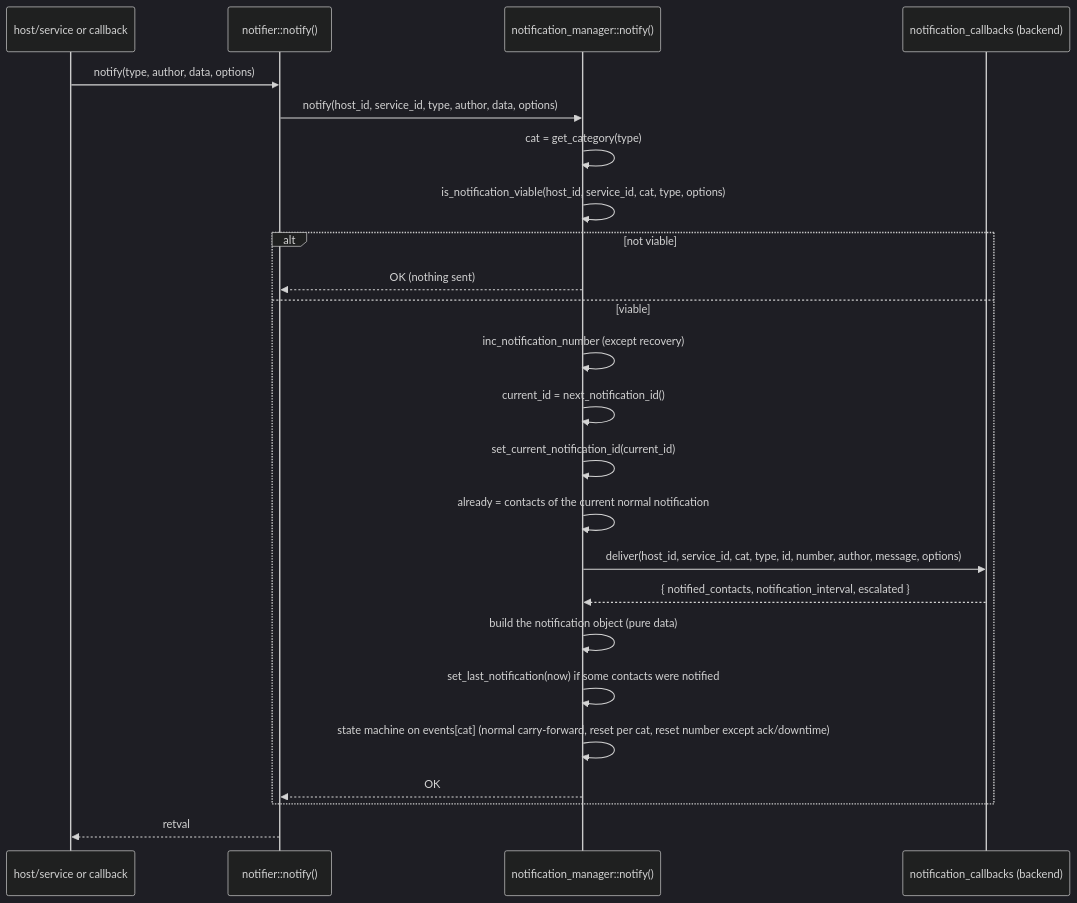
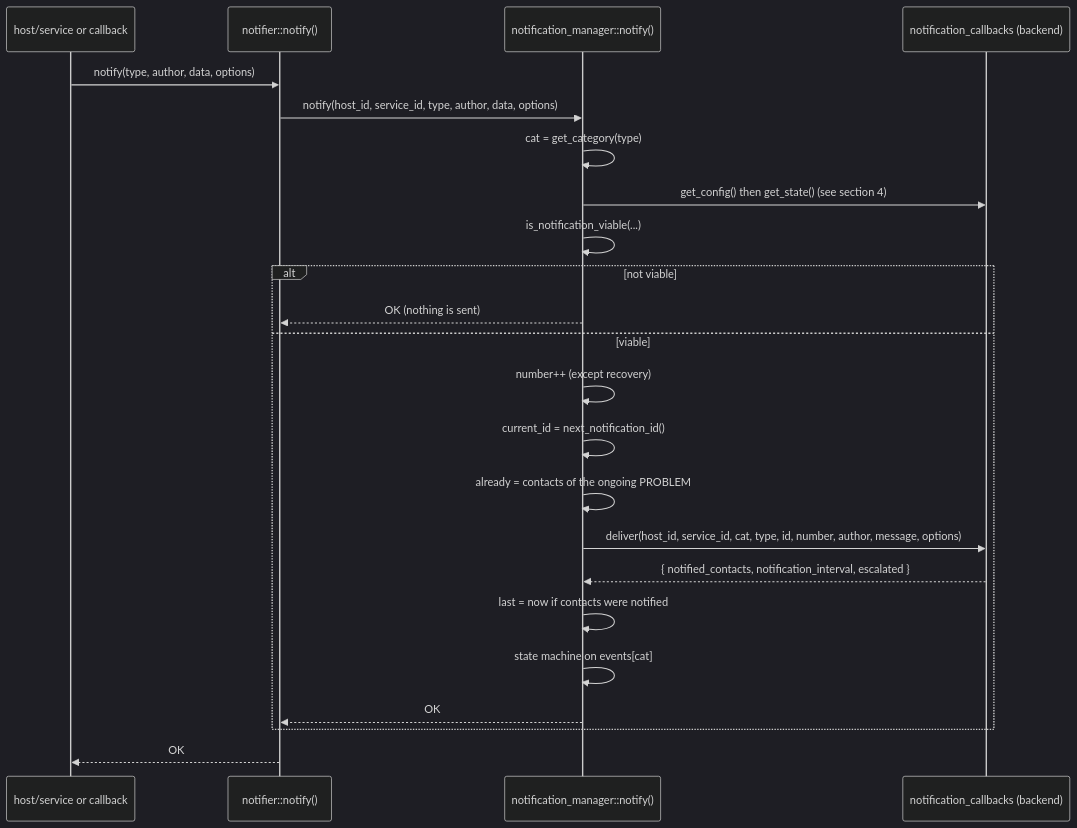
Before and after one commit to centreon/centreon-collect: the second of 5 diagrams in doc/notifications-en.md, drawn with Mermaid (dark theme). The commit also changed other lines of this file and 1 other file, not shown here.

Commit message:
doc(notifications): the notifications documentation describes the current code

````diff
--- a/doc/notifications-en.md
+++ b/doc/notifications-en.md
@@ -506,27 +129,26 @@
 ```mermaid
 sequenceDiagram
     participant SRC as host/service or callback
     participant NF as notifier::notify()
     participant NM as notification_manager::notify()
     participant CB as notification_callbacks (backend)
 
     SRC->>NF: notify(type, author, data, options)
     NF->>NM: notify(host_id, service_id, type, author, data, options)
     NM->>NM: cat = get_category(type)
-    NM->>NM: is_notification_viable(host_id, service_id, cat, type, options)
+    NM->>CB: get_config() then get_state() (see section 4)
+    NM->>NM: is_notification_viable(...)
     alt not viable
-        NM-->>NF: OK (nothing sent)
+        NM-->>NF: OK (nothing is sent)
     else viable
-        NM->>NM: inc_notification_number (except recovery)
+        NM->>NM: number++ (except recovery)
         NM->>NM: current_id = next_notification_id()
-        NM->>NM: set_current_notification_id(current_id)
-        NM->>NM: already = contacts of the current normal notification
+        NM->>NM: already = contacts of the ongoing PROBLEM
         NM->>CB: deliver(host_id, service_id, cat, type, id, number, author, message, options)
         CB-->>NM: { notified_contacts, notification_interval, escalated }
-        NM->>NM: build the notification object (pure data)
-        NM->>NM: set_last_notification(now) if some contacts were notified
-        NM->>NM: state machine on events[cat] (normal carry-forward, reset per cat, reset number except ack/downtime)
+        NM->>NM: last = now if contacts were notified
+        NM->>NM: state machine on events[cat]
         NM-->>NF: OK
     end
-    NF-->>SRC: retval
+    NF-->>SRC: OK
 ```
````
